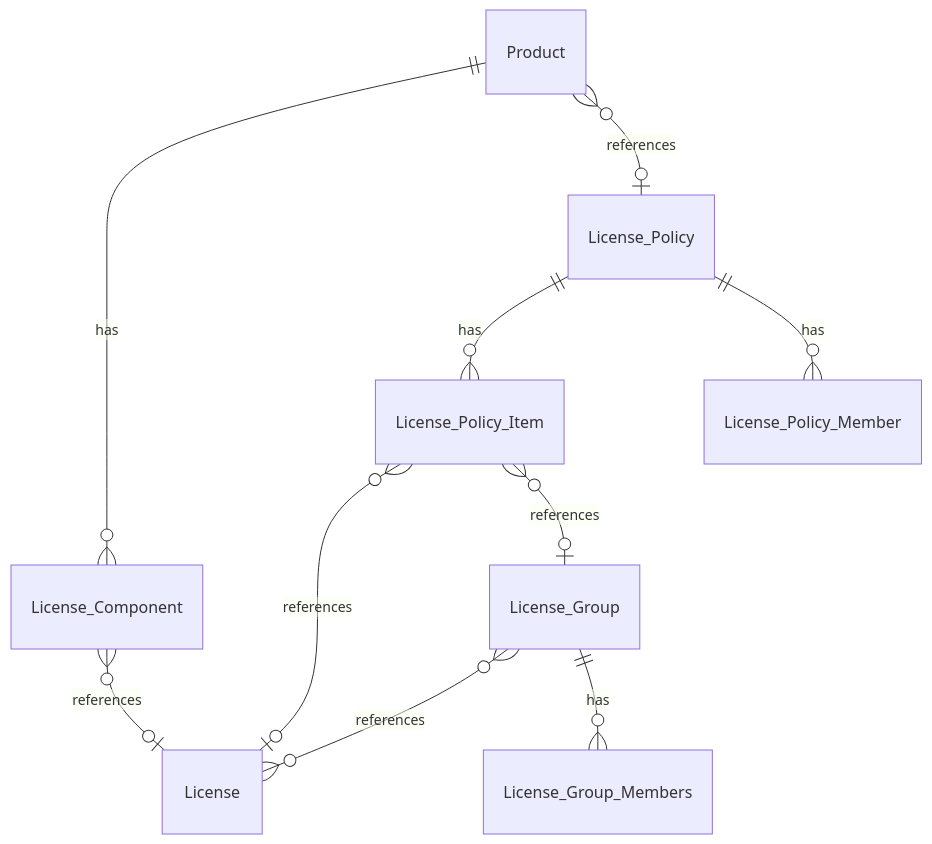
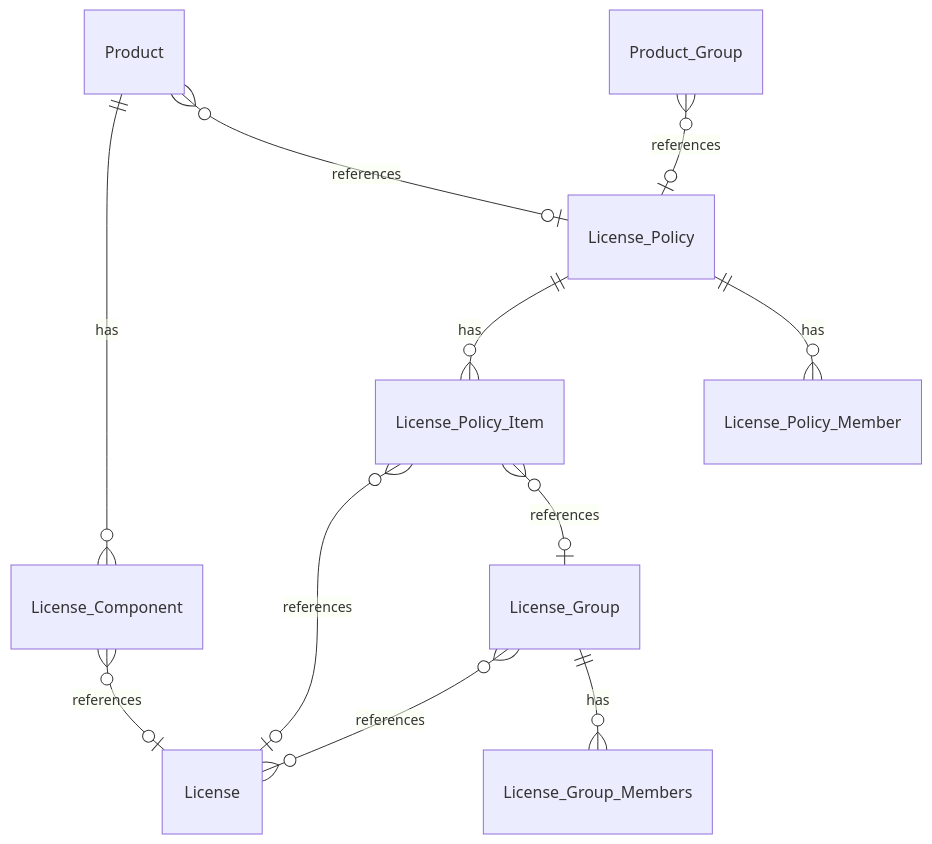
The second of 2 diagrams in docs/getting_started/data_model.md (MaibornWolff/SecObserve), drawn with Mermaid before and after one commit. The commit also changed other lines of this file, not shown here.

````diff
--- a/docs/getting_started/data_model.md
+++ b/docs/getting_started/data_model.md
@@ -79,12 +79,13 @@
 ``` mermaid
 erDiagram
     Product ||--o{ License_Component : has
     Product }o--o| License_Policy : references
+    Product_Group }o--o| License_Policy : references
     License_Component }o--o| License : references
     License_Policy ||--o{ License_Policy_Item : has
     License_Policy ||--o{ License_Policy_Member : has
     License_Group }o--o{ License : references
     License_Group ||--o{ License_Group_Members : has
     License_Policy_Item }o--o| License : references
     License_Policy_Item }o--o| License_Group : references
 ```
````
